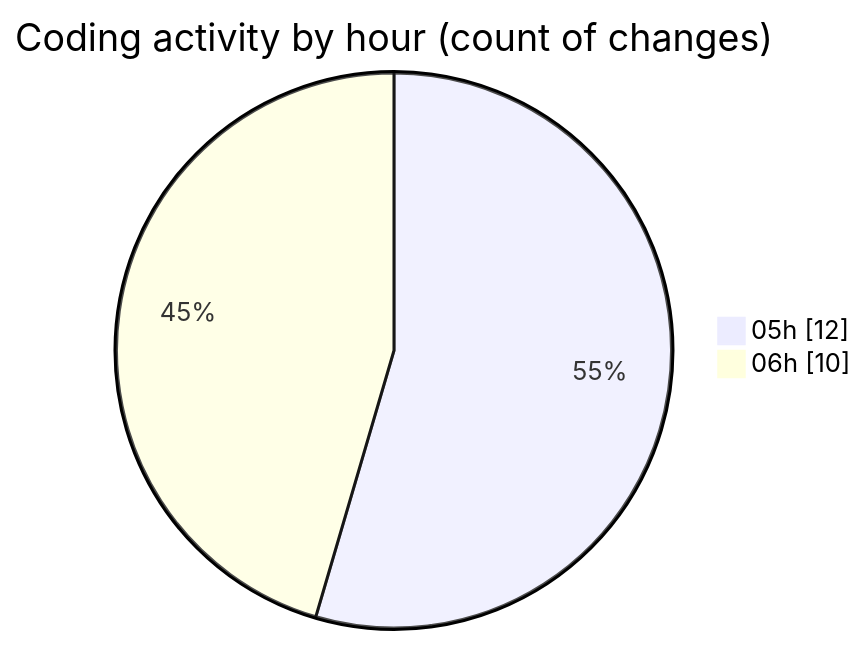
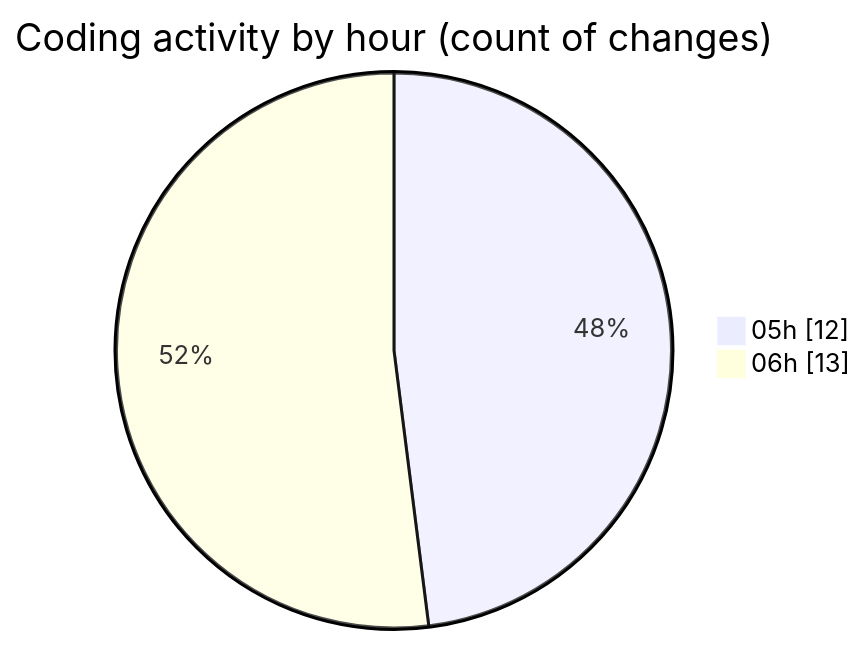
Before and after one commit to ernivani/code-tracking: the second of 2 diagrams in 2024-12-30/leetcode/README.md, drawn with Mermaid. The commit also changed other lines of this file and 3 other files, not shown here.

````diff
--- a/2024-12-30/leetcode/README.md
+++ b/2024-12-30/leetcode/README.md
@@ -33,6 +33,6 @@
 ```mermaid
 pie showData
 title Coding activity by hour (count of changes)
 "05h" : 12
-"06h" : 10
+"06h" : 13
 ```
````
